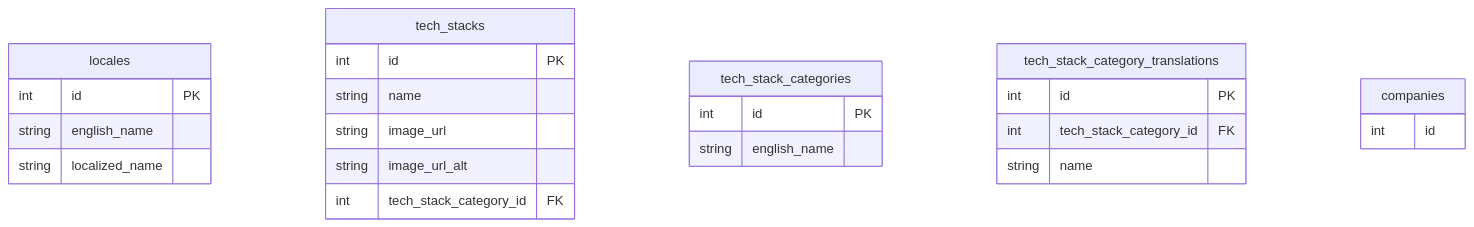
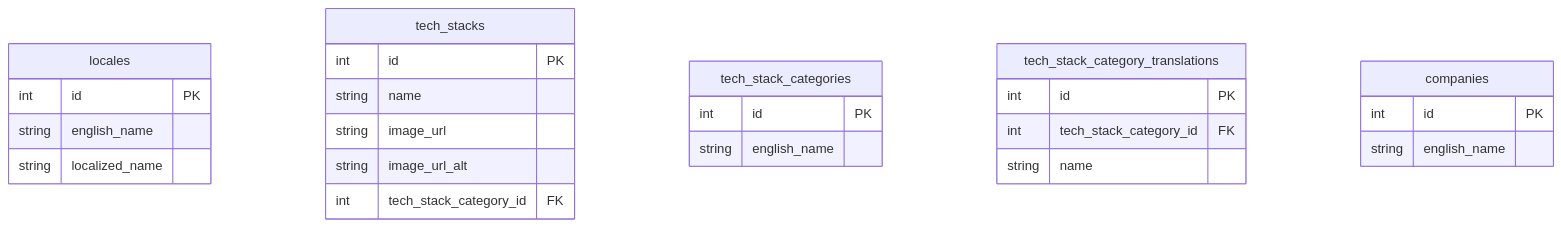
The diagram in docs/design/Database Design.md (fadhilahm/personal-website), drawn with Mermaid before and after one commit. The commit also changed other lines of this file, not shown here.

Commit message:
Enhance Database Design documentation by adding companies table with primary key and English name field

````diff
--- a/docs/design/Database Design.md
+++ b/docs/design/Database Design.md
@@ -5,34 +5,35 @@
 ```mermaid
 
 erDiagram
 
     locales {
         int     id              PK
         string  english_name
         string  localized_name
     }
 
     tech_stacks {
         int     id                      PK
         string  name
         string  image_url
         string  image_url_alt
         int     tech_stack_category_id  FK
     }
 
     tech_stack_categories {
         int     id              PK
         string  english_name
     }
 
     tech_stack_category_translations  {
         int     id                      PK
         int     tech_stack_category_id  FK
         string  name
     }
 
     companies {
-        int     id
+        int     id              PK
+        string  english_name
     }
 
 ```
````
